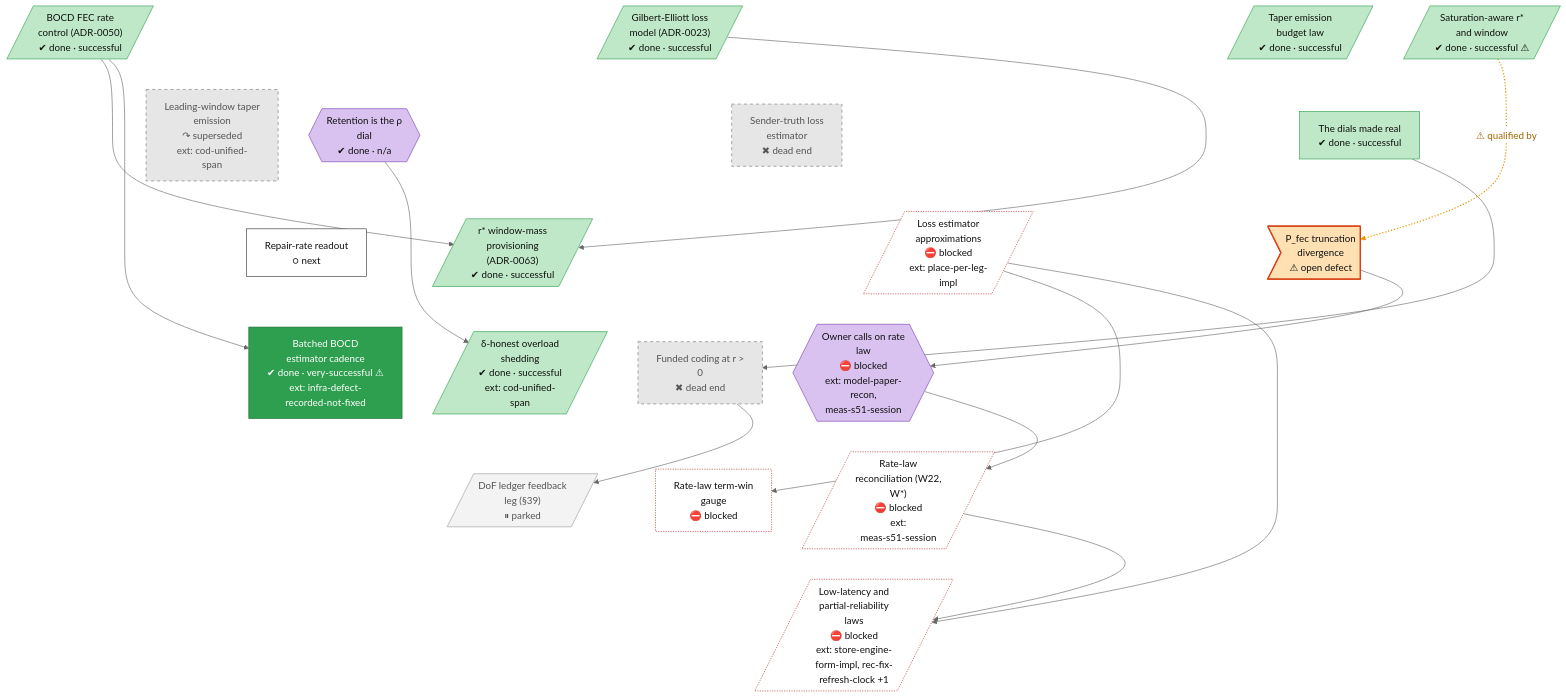
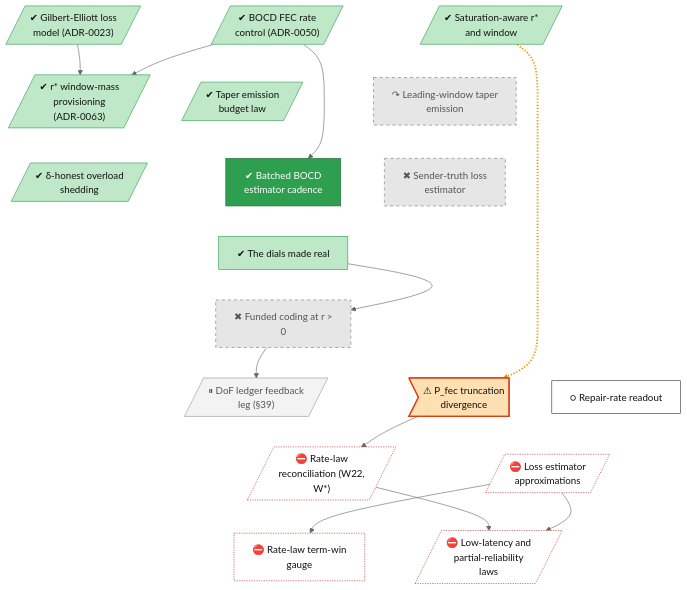
One commit to lhns/raptorpath changed the diagram in docs/roadmap/tracks/rate.md. Above: the diagram before and after it, drawn with Mermaid (neutral theme). The commit also changed 15 other files, not shown here.

Commit message:
roadmap: one direction (time) in every diagram, shorter labels, text legend, timeline on its own page, owner decisions kept out of diagrams

````diff
--- a/docs/roadmap/tracks/rate.md
+++ b/docs/roadmap/tracks/rate.md
@@ -10,101 +10,52 @@
 ```mermaid
 flowchart TB
-    rate_ge_hmm[/"Gilbert-Elliott loss<br/>model (ADR-0023)<br/>✔ done · successful"/]
-    rate_fec_rate_v1[/"BOCD FEC rate<br/>control (ADR-0050)<br/>✔ done · successful"/]
-    rate_saturation_rstar[/"Saturation-aware r*<br/>and window<br/>✔ done · successful ⚠"/]
-    rate_rstar_window_mass[/"r* window-mass<br/>provisioning<br/>(ADR-0063)<br/>✔ done · successful"/]
-    rate_taper_r[/"Taper emission<br/>budget law<br/>✔ done · successful"/]
-    rate_leading_taper["Leading-window taper<br/>emission<br/>↷ superseded<br/>ext: cod-unified-<br/>span"]
-    rate_retention_is_rho{{"Retention is the ρ<br/>dial<br/>✔ done · n/a"}}
-    rate_unified_shed[/"δ-honest overload<br/>shedding<br/>✔ done · successful<br/>ext: cod-unified-<br/>span"/]
-    rate_est_cadence["Batched BOCD<br/>estimator cadence<br/>✔ done · very-successful ⚠<br/>ext: infra-defect-<br/>recorded-not-fixed"]
-    rate_sender_truth_loss["Sender-truth loss<br/>estimator<br/>✖ dead end"]
-    rate_r_battery["Funded coding at r #gt;<br/>0<br/>✖ dead end"]
-    rate_dof_ledger[/"DoF ledger feedback<br/>leg (#167;39)<br/>⏸ parked"/]
-    rate_dials_made_real["The dials made real<br/>✔ done · successful"]
-    rate_defect_pfec>"P_fec truncation<br/>divergence<br/>⚠ open defect"]
-    rate_fix_rate_readout["Repair-rate readout<br/>○ next"]
-    rate_user_rate_law{{"Owner calls on rate<br/>law<br/>⛔ blocked<br/>ext: model-paper-<br/>recon,<br/>meas-s51-session"}}
-    rate_law_reconcile[/"Rate-law<br/>reconciliation (W22,<br/>W*)<br/>⛔ blocked<br/>ext:<br/>meas-s51-session"/]
-    rate_fix_term_gauge["Rate-law term-win<br/>gauge<br/>⛔ blocked"]
-    rate_fix_estimators[/"Loss estimator<br/>approximations<br/>⛔ blocked<br/>ext: place-per-leg-<br/>impl"/]
-    rate_fix_rho_realtime[/"Low-latency and<br/>partial-reliability<br/>laws<br/>⛔ blocked<br/>ext: store-engine-<br/>form-impl, rec-fix-<br/>refresh-clock +1"/]
-    rate_ge_hmm ~~~ rate_leading_taper
-    rate_ge_hmm ~~~ rate_retention_is_rho
-    rate_ge_hmm ~~~ rate_sender_truth_loss
-    rate_ge_hmm ~~~ rate_dials_made_real
-    rate_fec_rate_v1 ~~~ rate_leading_taper
-    rate_fec_rate_v1 ~~~ rate_retention_is_rho
-    rate_fec_rate_v1 ~~~ rate_sender_truth_loss
-    rate_fec_rate_v1 ~~~ rate_dials_made_real
+    rate_ge_hmm[/"✔ Gilbert-Elliott loss<br/>model (ADR-0023)"/]
+    rate_fec_rate_v1[/"✔ BOCD FEC rate<br/>control (ADR-0050)"/]
+    rate_saturation_rstar[/"✔ Saturation-aware r*<br/>and window"/]
+    rate_rstar_window_mass[/"✔ r* window-mass<br/>provisioning<br/>(ADR-0063)"/]
+    rate_taper_r[/"✔ Taper emission<br/>budget law"/]
+    rate_leading_taper["↷ Leading-window taper<br/>emission"]
+    rate_unified_shed[/"✔ δ-honest overload<br/>shedding"/]
+    rate_est_cadence["✔ Batched BOCD<br/>estimator cadence"]
+    rate_sender_truth_loss["✖ Sender-truth loss<br/>estimator"]
+    rate_dials_made_real["✔ The dials made real"]
+    rate_r_battery["✖ Funded coding at r #gt;<br/>0"]
+    rate_dof_ledger[/"⏸ DoF ledger feedback<br/>leg (#167;39)"/]
+    rate_defect_pfec>"⚠ P_fec truncation<br/>divergence"]
+    rate_fix_rate_readout["○ Repair-rate readout"]
+    rate_law_reconcile[/"⛔ Rate-law<br/>reconciliation (W22,<br/>W*)"/]
+    rate_fix_estimators[/"⛔ Loss estimator<br/>approximations"/]
+    rate_fix_term_gauge["⛔ Rate-law term-win<br/>gauge"]
+    rate_fix_rho_realtime[/"⛔ Low-latency and<br/>partial-reliability<br/>laws"/]
+    rate_ge_hmm ~~~ rate_rstar_window_mass
+    rate_fec_rate_v1 ~~~ rate_taper_r
     rate_saturation_rstar ~~~ rate_leading_taper
-    rate_saturation_rstar ~~~ rate_retention_is_rho
-    rate_saturation_rstar ~~~ rate_sender_truth_loss
-    rate_saturation_rstar ~~~ rate_dials_made_real
-    rate_taper_r ~~~ rate_leading_taper
-    rate_taper_r ~~~ rate_retention_is_rho
-    rate_taper_r ~~~ rate_sender_truth_loss
-    rate_taper_r ~~~ rate_dials_made_real
-    rate_leading_taper ~~~ rate_defect_pfec
-    rate_leading_taper ~~~ rate_fix_rate_readout
-    rate_leading_taper ~~~ rate_fix_estimators
-    rate_leading_taper ~~~ rate_rstar_window_mass
-    rate_retention_is_rho ~~~ rate_defect_pfec
-    rate_retention_is_rho ~~~ rate_fix_rate_readout
-    rate_retention_is_rho ~~~ rate_fix_estimators
-    rate_retention_is_rho ~~~ rate_rstar_window_mass
-    rate_sender_truth_loss ~~~ rate_defect_pfec
-    rate_sender_truth_loss ~~~ rate_fix_rate_readout
-    rate_sender_truth_loss ~~~ rate_fix_estimators
-    rate_sender_truth_loss ~~~ rate_rstar_window_mass
-    rate_dials_made_real ~~~ rate_defect_pfec
-    rate_dials_made_real ~~~ rate_fix_rate_readout
-    rate_dials_made_real ~~~ rate_fix_estimators
-    rate_dials_made_real ~~~ rate_rstar_window_mass
-    rate_defect_pfec ~~~ rate_unified_shed
-    rate_defect_pfec ~~~ rate_est_cadence
-    rate_defect_pfec ~~~ rate_r_battery
-    rate_defect_pfec ~~~ rate_user_rate_law
-    rate_fix_rate_readout ~~~ rate_unified_shed
-    rate_fix_rate_readout ~~~ rate_est_cadence
-    rate_fix_rate_readout ~~~ rate_r_battery
-    rate_fix_rate_readout ~~~ rate_user_rate_law
-    rate_fix_estimators ~~~ rate_unified_shed
-    rate_fix_estimators ~~~ rate_est_cadence
-    rate_fix_estimators ~~~ rate_r_battery
-    rate_fix_estimators ~~~ rate_user_rate_law
     rate_rstar_window_mass ~~~ rate_unified_shed
-    rate_rstar_window_mass ~~~ rate_est_cadence
-    rate_rstar_window_mass ~~~ rate_r_battery
-    rate_rstar_window_mass ~~~ rate_user_rate_law
-    rate_unified_shed ~~~ rate_fix_term_gauge
-    rate_unified_shed ~~~ rate_dof_ledger
-    rate_unified_shed ~~~ rate_law_reconcile
-    rate_est_cadence ~~~ rate_fix_term_gauge
-    rate_est_cadence ~~~ rate_dof_ledger
-    rate_est_cadence ~~~ rate_law_reconcile
-    rate_r_battery ~~~ rate_fix_term_gauge
+    rate_taper_r ~~~ rate_est_cadence
+    rate_leading_taper ~~~ rate_sender_truth_loss
+    rate_unified_shed ~~~ rate_dials_made_real
+    rate_est_cadence ~~~ rate_dials_made_real
+    rate_sender_truth_loss ~~~ rate_dials_made_real
+    rate_dials_made_real ~~~ rate_r_battery
     rate_r_battery ~~~ rate_dof_ledger
-    rate_r_battery ~~~ rate_law_reconcile
-    rate_user_rate_law ~~~ rate_fix_term_gauge
-    rate_user_rate_law ~~~ rate_dof_ledger
-    rate_user_rate_law ~~~ rate_law_reconcile
-    rate_fix_term_gauge ~~~ rate_fix_rho_realtime
-    rate_dof_ledger ~~~ rate_fix_rho_realtime
-    rate_law_reconcile ~~~ rate_fix_rho_realtime
-    rate_saturation_rstar -.->|⚠ qualified by| rate_defect_pfec
+    rate_r_battery ~~~ rate_defect_pfec
+    rate_r_battery ~~~ rate_fix_rate_readout
+    rate_dof_ledger ~~~ rate_law_reconcile
+    rate_defect_pfec ~~~ rate_fix_estimators
+    rate_fix_rate_readout ~~~ rate_fix_estimators
+    rate_law_reconcile ~~~ rate_fix_term_gauge
+    rate_fix_estimators ~~~ rate_fix_rho_realtime
+    rate_saturation_rstar -.-> rate_defect_pfec
     rate_ge_hmm --> rate_rstar_window_mass
     rate_fec_rate_v1 --> rate_rstar_window_mass
-    rate_retention_is_rho --> rate_unified_shed
     rate_fec_rate_v1 --> rate_est_cadence
     rate_dials_made_real --> rate_r_battery
     rate_r_battery --> rate_dof_ledger
-    rate_defect_pfec --> rate_user_rate_law
-    rate_user_rate_law --> rate_law_reconcile
+    rate_defect_pfec --> rate_law_reconcile
     rate_fix_estimators --> rate_fix_term_gauge
     rate_law_reconcile --> rate_fix_rho_realtime
     rate_fix_estimators --> rate_fix_rho_realtime
-    linkStyle 63 stroke:#e69500,stroke-width:2px,stroke-dasharray:2 3,color:#a86400
+    linkStyle 18 stroke:#e69500,stroke-width:3px,stroke-dasharray:2 3
     classDef vsucc fill:#2e9e4f,stroke:#1b6b34,color:#fff
     classDef succ fill:#bfe8c8,stroke:#2e9e4f,color:#111
     classDef mixed fill:#ffd37a,stroke:#c98a00,color:#111
@@ -120,10 +71,9 @@
     classDef waiting fill:#e3f2fd,stroke:#1f6fc5,stroke-dasharray:5 5,color:#111
     class rate_ge_hmm,rate_fec_rate_v1,rate_saturation_rstar,rate_rstar_window_mass,rate_taper_r,rate_unified_shed,rate_dials_made_real succ
     class rate_leading_taper,rate_sender_truth_loss,rate_r_battery dead
-    class rate_retention_is_rho,rate_user_rate_law userdec
     class rate_est_cadence vsucc
     class rate_dof_ledger parked
     class rate_defect_pfec defect
     class rate_fix_rate_readout next
-    class rate_law_reconcile,rate_fix_term_gauge,rate_fix_estimators,rate_fix_rho_realtime blocked
+    class rate_law_reconcile,rate_fix_estimators,rate_fix_term_gauge,rate_fix_rho_realtime blocked
 ```
````
